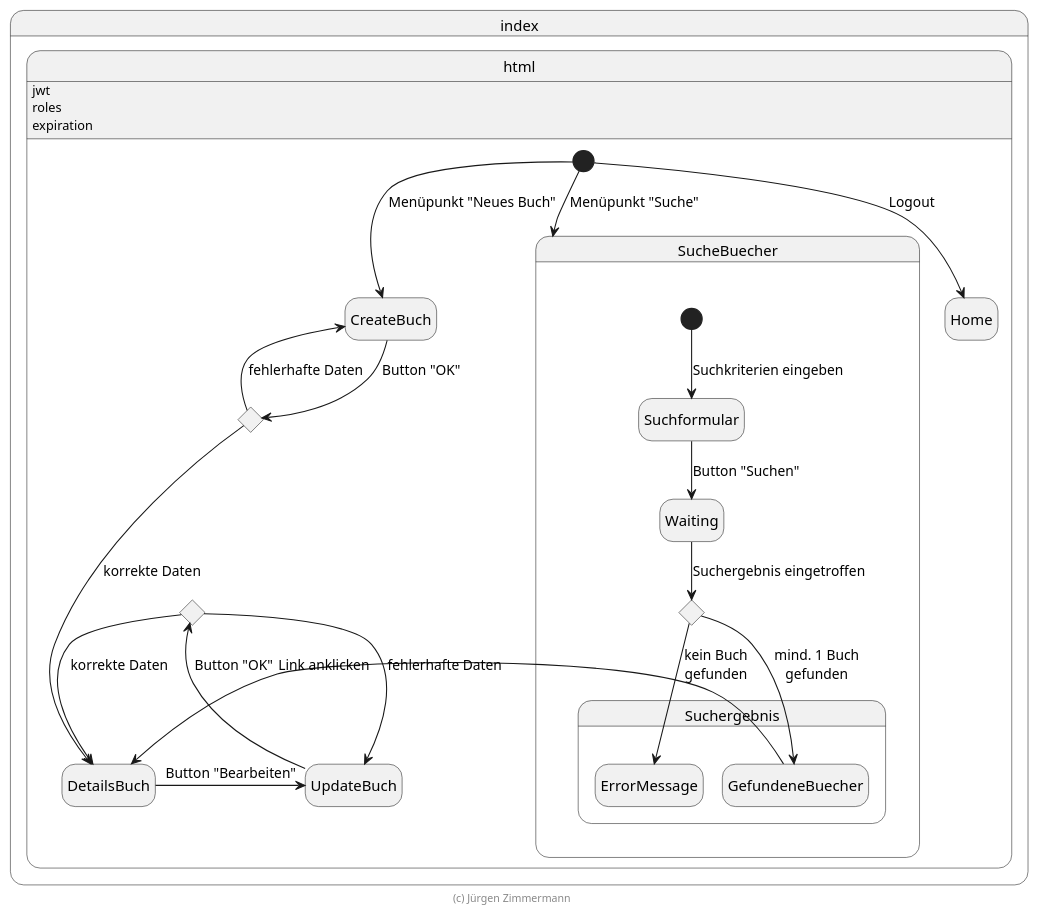
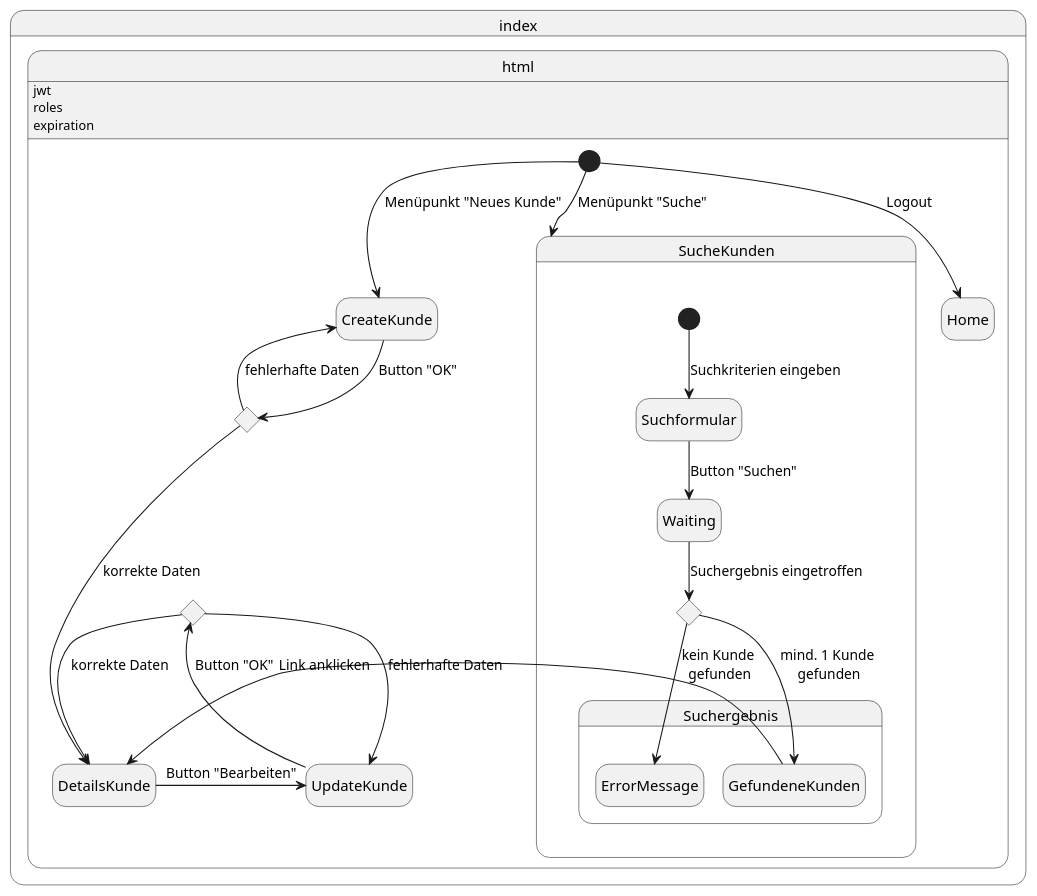
Before and after one commit to DSchwemmle/kundeweb: the diagram in extras/doc/page-flow-admin.zustandsdiagramm.plantuml, drawn with PlantUML. The commit also changed other lines of this file and 10 other files, not shown here.

```diff
--- a/extras/doc/page-flow-admin.zustandsdiagramm.plantuml
+++ b/extras/doc/page-flow-admin.zustandsdiagramm.plantuml
@@ -20,44 +5,42 @@
 @startuml Zustandsdiagramm
 
 hide empty description
 
 state index.html {
     index.html: jwt
     index.html: roles
     index.html: expiration
 
     [*] --> Home: Logout
 
-    state SucheBuecher {
+    state SucheKunden {
         [*] --> Suchformular: Suchkriterien eingeben
         Suchformular --> Waiting: Button "Suchen"
         state SuchergebnisChoice <<choice>>
         Waiting --> SuchergebnisChoice: Suchergebnis eingetroffen
 
         state Suchergebnis {
-            SuchergebnisChoice --> GefundeneBuecher: mind. 1 Buch\ngefunden
-            SuchergebnisChoice --> ErrorMessage: kein Buch\ngefunden
+            SuchergebnisChoice --> GefundeneKunden: mind. 1 Kunde\n gefunden
+            SuchergebnisChoice --> ErrorMessage: kein Kunde\n gefunden
 
-            ErrorMessage -right[hidden]-> GefundeneBuecher
+            ErrorMessage -right[hidden]-> GefundeneKunden
         }
     }
-    [*] -down-> SucheBuecher: Menüpunkt "Suche"
-    GefundeneBuecher -right-> DetailsBuch: Link anklicken
+    [*] -down-> SucheKunden: Menüpunkt "Suche"
+    GefundeneKunden -right-> DetailsKunde: Link anklicken
 
-    [*] -down-> CreateBuch: Menüpunkt "Neues Buch"
-    SucheBuecher -right[hidden]-> CreateBuch
+    [*] -down-> CreateKunde: Menüpunkt "Neues Kunde"
+    SucheKunden -right[hidden]-> CreateKunde
     state CreateChoice <<choice>>
-    CreateBuch --> CreateChoice: Button "OK"
-    CreateChoice --> CreateBuch: fehlerhafte Daten
-    CreateChoice --> DetailsBuch: korrekte Daten
+    CreateKunde --> CreateChoice: Button "OK"
+    CreateChoice --> CreateKunde: fehlerhafte Daten
+    CreateChoice --> DetailsKunde: korrekte Daten
 
-    DetailsBuch -right-> UpdateBuch: Button "Bearbeiten"
+    DetailsKunde -right-> UpdateKunde: Button "Bearbeiten"
     state UpdateChoice <<choice>>
-    UpdateBuch -up-> UpdateChoice: Button "OK"
-    UpdateChoice --> UpdateBuch: fehlerhafte Daten
-    UpdateChoice --> DetailsBuch: korrekte Daten
+    UpdateKunde -up-> UpdateChoice: Button "OK"
+    UpdateChoice --> UpdateKunde: fehlerhafte Daten
+    UpdateChoice --> DetailsKunde: korrekte Daten
 }
 
-footer (c) Jürgen Zimmermann
-
 @enduml
```
